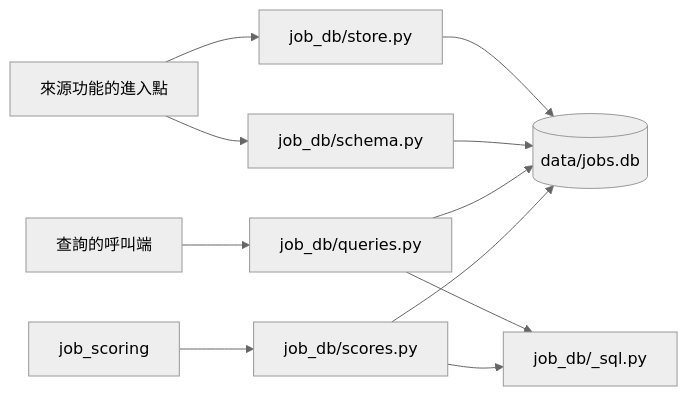
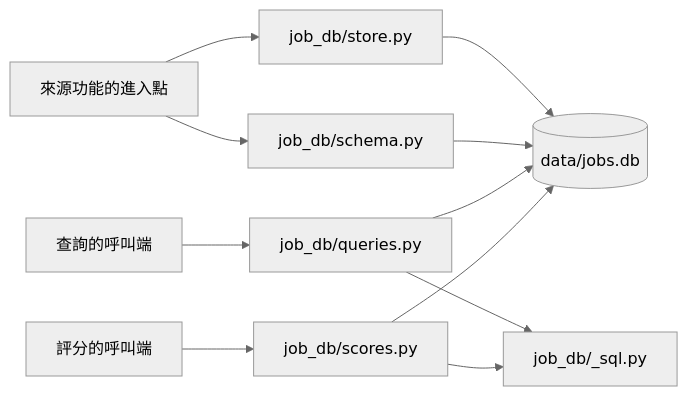
Before and after one commit to dlhdb/job-matching: the diagram in docs/tech/tech-design/job-database.md, drawn with Mermaid (neutral theme). The commit also changed other lines of this file and 18 other files, not shown here.

First line of the commit message:
docs: 拆分 job-scoring 為評分資料庫與職缺自動評分

````diff
--- a/docs/tech/tech-design/job-database.md
+++ b/docs/tech/tech-design/job-database.md
@@ -8,13 +8,13 @@
 ```mermaid
 flowchart LR
     src["來源功能的進入點"] --> store["job_db/store.py"]
     src --> schema["job_db/schema.py"]
     reader["查詢的呼叫端"] --> queries["job_db/queries.py"]
     store --> db[("data/jobs.db")]
     schema --> db
     queries --> db
-    scoring["job_scoring"] --> scores["job_db/scores.py"]
+    scoring["評分的呼叫端"] --> scores["job_db/scores.py"]
     scores --> db
     queries --> sql["job_db/_sql.py"]
     scores --> sql
 ```
````
